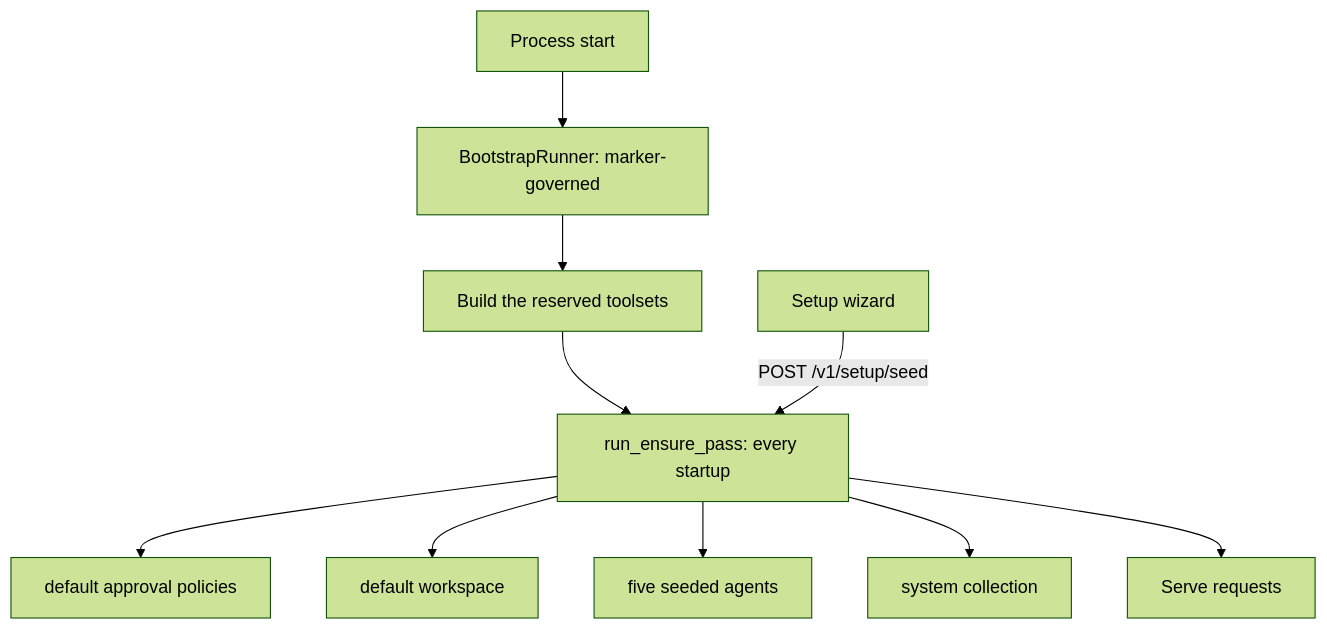
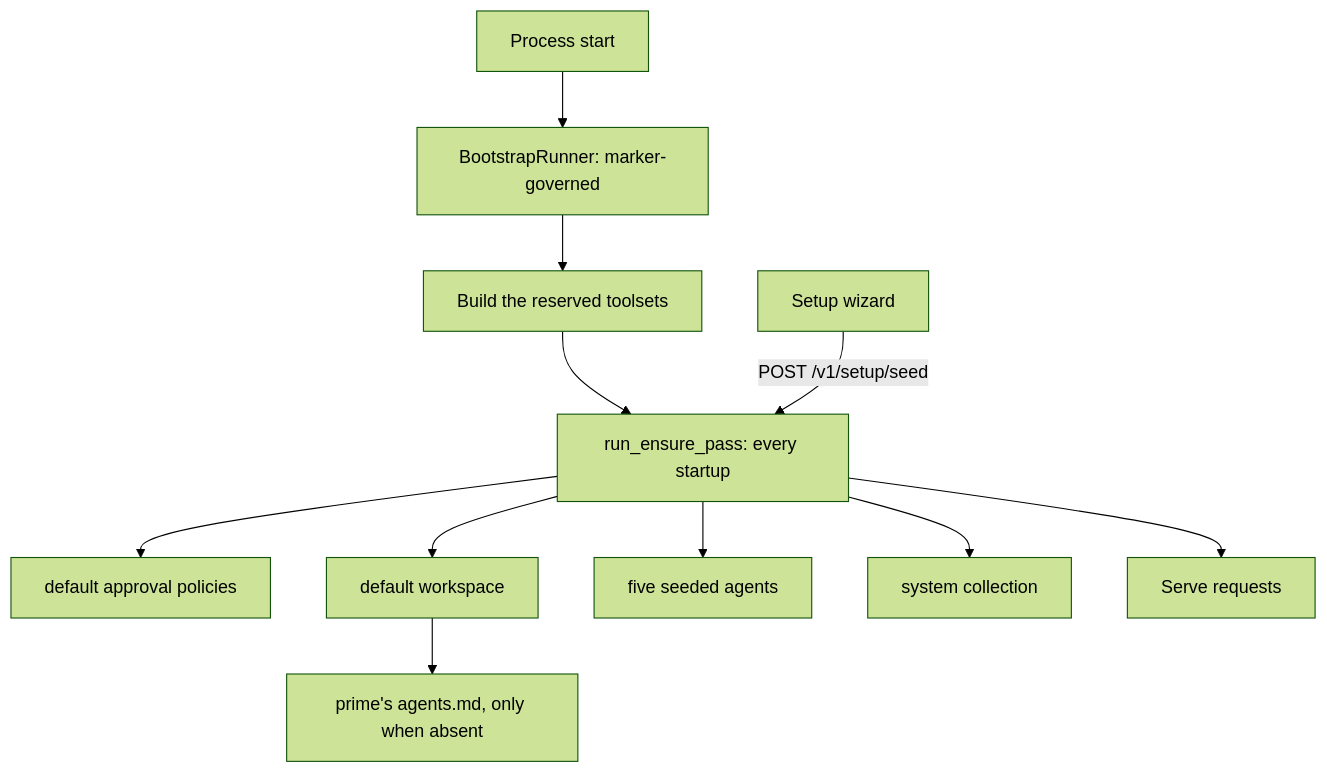
One commit to primerhq/primer changed the diagram in docs/dev/subsystems/bootstrap-operator.md. Above: the diagram before and after it, drawn with Mermaid (forest theme). The commit also changed other lines of this file and 7 other files, not shown here.

````diff
--- a/docs/dev/subsystems/bootstrap-operator.md
+++ b/docs/dev/subsystems/bootstrap-operator.md
@@ -29,12 +31,13 @@
 ```mermaid
 flowchart TD
     Boot[Process start] --> Runner[BootstrapRunner: marker-governed]
     Runner --> Toolsets[Build the reserved toolsets]
     Toolsets --> Ensure[run_ensure_pass: every startup]
     Ensure --> Policies[default approval policies]
     Ensure --> Workspace[default workspace]
+    Workspace --> AgentsMd[prime's agents.md, only when absent]
     Ensure --> Agents[five seeded agents]
     Ensure --> Collection[system collection]
     Ensure --> Serve[Serve requests]
     Wizard[Setup wizard] -->|POST /v1/setup/seed| Ensure
 ```
````
